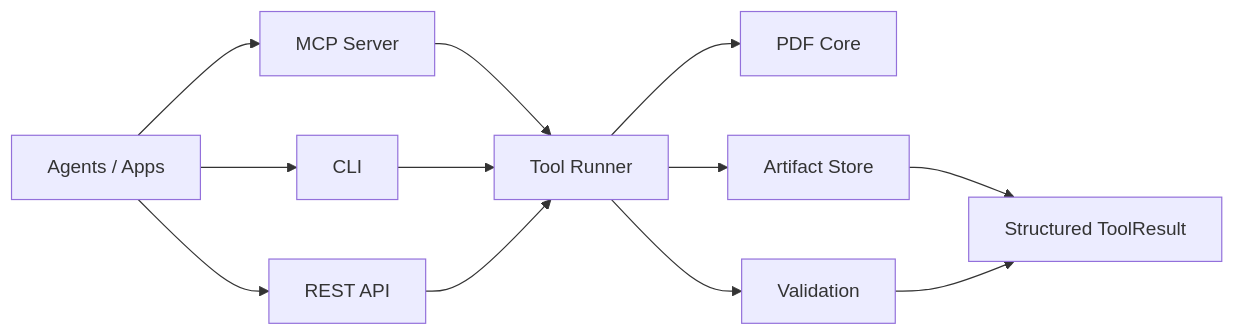
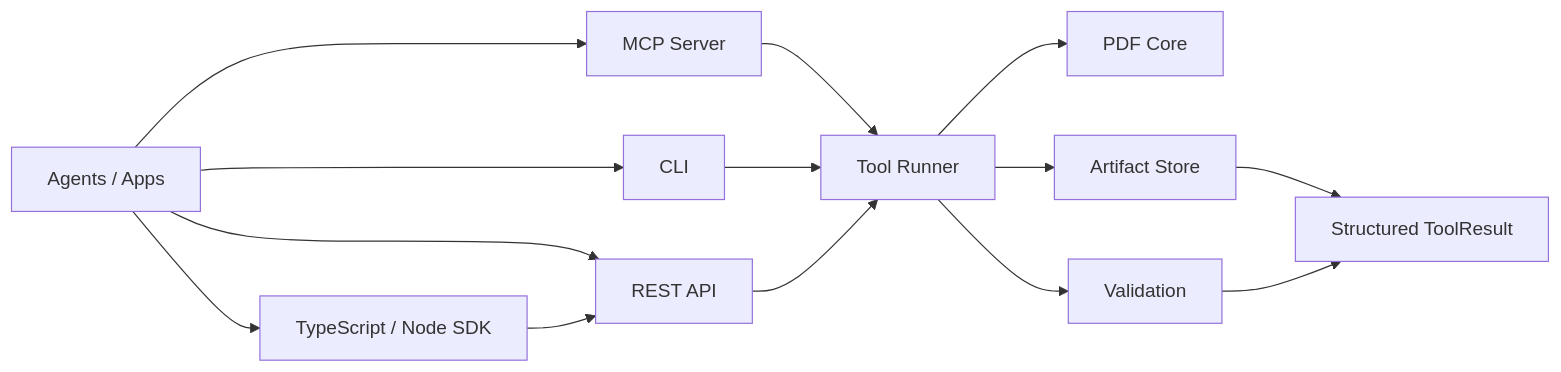
The diagram in README.md (tover0314-w/OKoffice), drawn with Mermaid before and after one commit. The commit also changed other lines of this file and 20 other files, not shown here.

Commit message:
add TypeScript Node SDK

````diff
--- a/README.md
+++ b/README.md
@@ -171,14 +201,16 @@
 ```mermaid
 flowchart LR
   A["Agents / Apps"] --> B["MCP Server"]
   A --> C["CLI"]
   A --> D["REST API"]
+  A --> J["TypeScript / Node SDK"]
+  J --> D
   B --> E["Tool Runner"]
   C --> E
   D --> E
   E --> F["PDF Core"]
   E --> G["Artifact Store"]
   E --> H["Validation"]
   G --> I["Structured ToolResult"]
   H --> I
 ```
````
